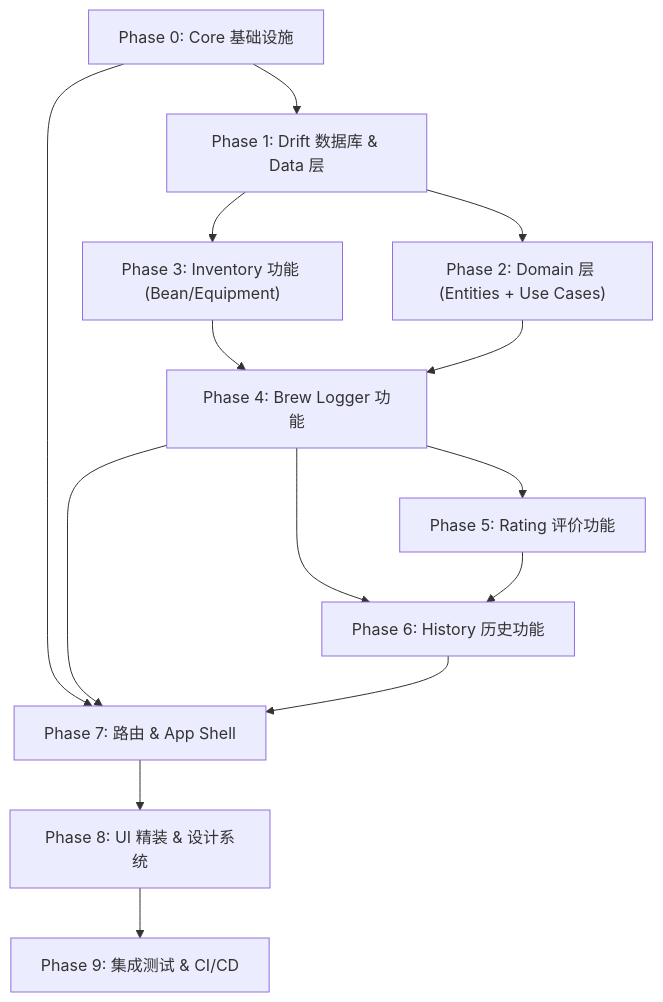
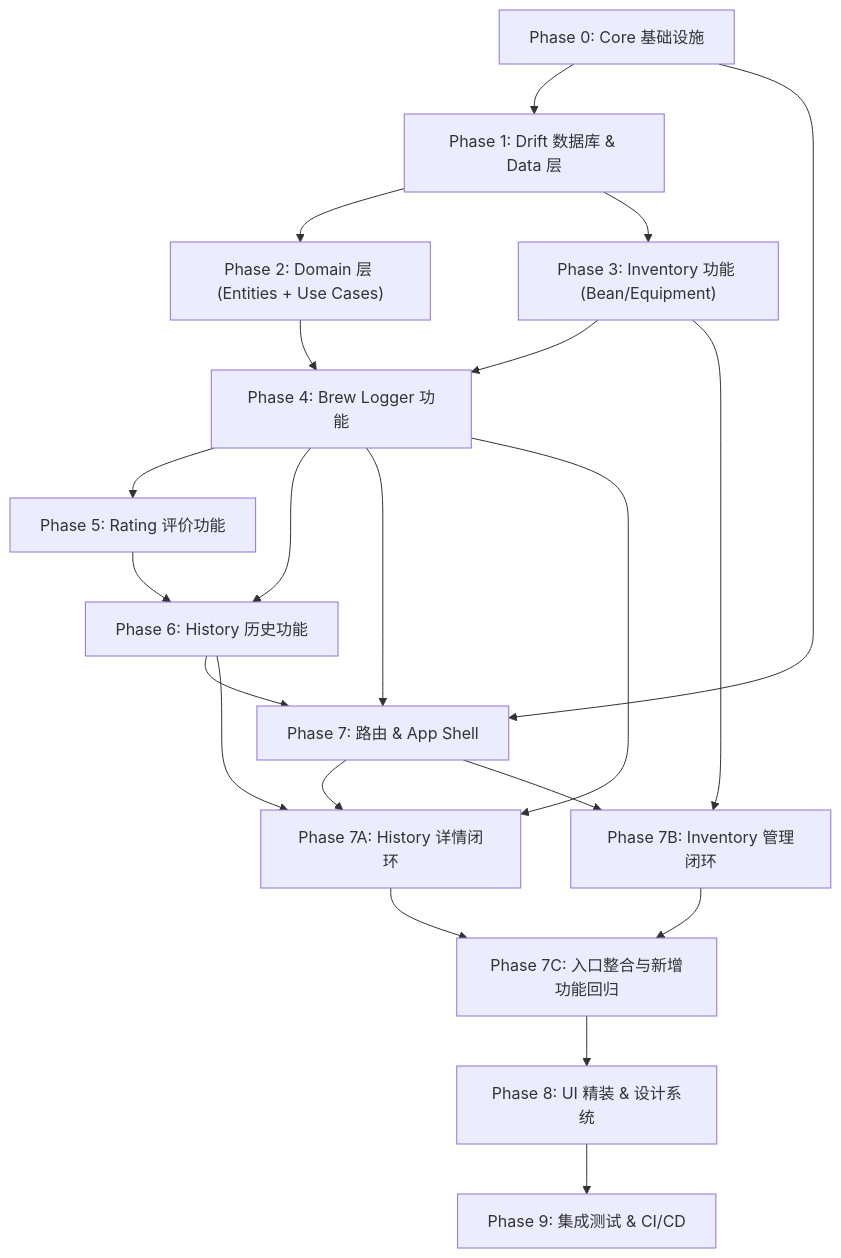
The diagram in docs/05_Development_Plan.md (BenjaminNH/OneBrew), drawn with Mermaid before and after one commit. The commit also changed other lines of this file and 1 other file, not shown here.

First line of the commit message:
docs(plan): Add post-test Phase 7A-7C follow-up roadmap

````diff
--- a/docs/05_Development_Plan.md
+++ b/docs/05_Development_Plan.md
@@ -15,16 +15,23 @@
 ```mermaid
 graph TD
   P0["Phase 0: Core 基础设施"] --> P1["Phase 1: Drift 数据库 & Data 层"]
   P1 --> P2["Phase 2: Domain 层 (Entities + Use Cases)"]
   P1 --> P3["Phase 3: Inventory 功能 (Bean/Equipment)"]
   P3 --> P4["Phase 4: Brew Logger 功能"]
   P2 --> P4
   P4 --> P5["Phase 5: Rating 评价功能"]
   P4 --> P6["Phase 6: History 历史功能"]
   P5 --> P6
   P0 --> P7["Phase 7: 路由 & App Shell"]
   P4 --> P7
   P6 --> P7
-  P7 --> P8["Phase 8: UI 精装 & 设计系统"]
+  P4 --> P7A["Phase 7A: History 详情闭环"]
+  P6 --> P7A
+  P7 --> P7A
+  P3 --> P7B["Phase 7B: Inventory 管理闭环"]
+  P7 --> P7B
+  P7A --> P7C["Phase 7C: 入口整合与新增功能回归"]
+  P7B --> P7C
+  P7C --> P8["Phase 8: UI 精装 & 设计系统"]
   P8 --> P9["Phase 9: 集成测试 & CI/CD"]
 ```
````
